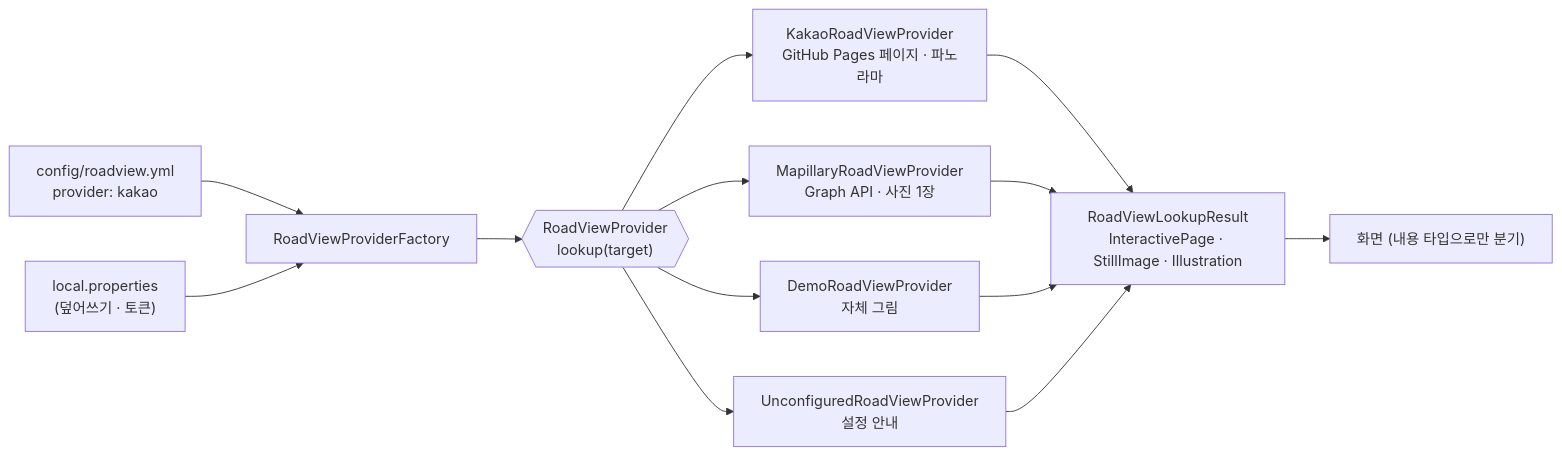
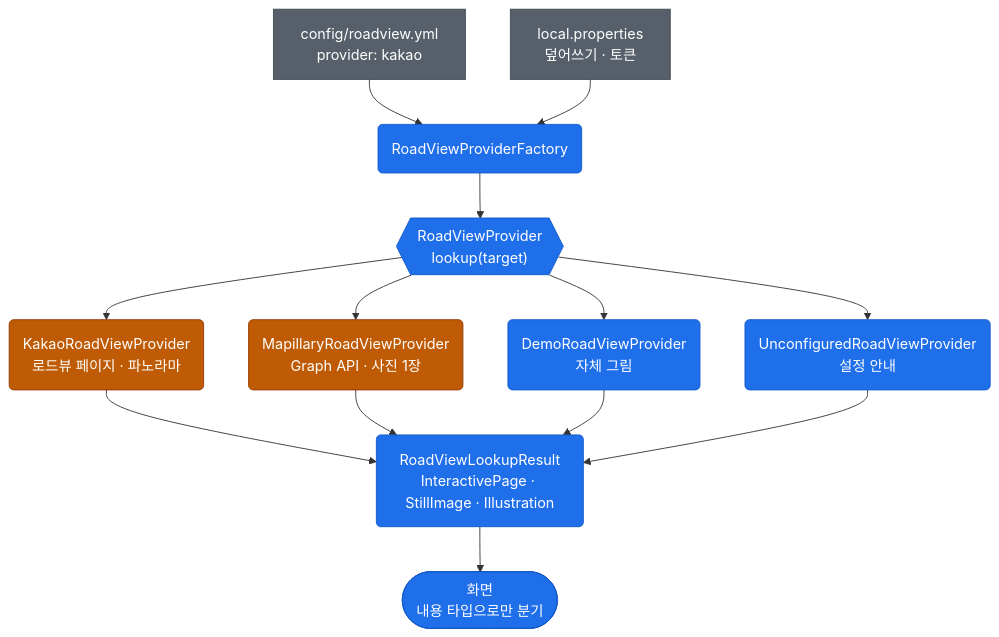
The third of 3 diagrams in README.md (JoisFe/deja-vroom), drawn with Mermaid before and after one commit. The commit also changed other lines of this file and 17 other files, not shown here.

First line of the commit message:
문서 다이어그램을 색·모양 규칙에 맞춰 다시 그리고 코드와 다른 설명 정리

````diff
--- a/README.md
+++ b/README.md
@@ -161,12 +208,16 @@
 ```mermaid
-flowchart LR
-    Y["config/roadview.yml<br/>provider: kakao"] --> F["RoadViewProviderFactory"]
-    L["local.properties<br/>(덮어쓰기 · 토큰)"] --> F
-    F --> I{{"RoadViewProvider<br/>lookup(target)"}}
-    I --> K["KakaoRoadViewProvider<br/>GitHub Pages 페이지 · 파노라마"]
-    I --> M["MapillaryRoadViewProvider<br/>Graph API · 사진 1장"]
-    I --> D["DemoRoadViewProvider<br/>자체 그림"]
-    I --> U["UnconfiguredRoadViewProvider<br/>설정 안내"]
-    K & M & D & U --> R["RoadViewLookupResult<br/>InteractivePage · StillImage · Illustration"]
-    R --> UI["화면 (내용 타입으로만 분기)"]
+flowchart TB
+    yml["config/roadview.yml<br/>provider: kakao"]:::config --> factory("RoadViewProviderFactory"):::app
+    local["local.properties<br/>덮어쓰기 · 토큰"]:::config --> factory
+    factory --> port{{"RoadViewProvider<br/>lookup(target)"}}:::app
+    port --> kakao("KakaoRoadViewProvider<br/>로드뷰 페이지 · 파노라마"):::ext
+    port --> mapillary("MapillaryRoadViewProvider<br/>Graph API · 사진 1장"):::ext
+    port --> demo("DemoRoadViewProvider<br/>자체 그림"):::app
+    port --> unconfigured("UnconfiguredRoadViewProvider<br/>설정 안내"):::app
+    kakao & mapillary & demo & unconfigured --> result("RoadViewLookupResult<br/>InteractivePage · StillImage · Illustration"):::app
+    result --> screen(["화면<br/>내용 타입으로만 분기"]):::app
+
+    classDef app fill:#1f6feb,stroke:#1158c7,color:#ffffff
+    classDef ext fill:#bf5b04,stroke:#953800,color:#ffffff
+    classDef config fill:#57606a,stroke:#424a53,color:#ffffff
 ```
````
